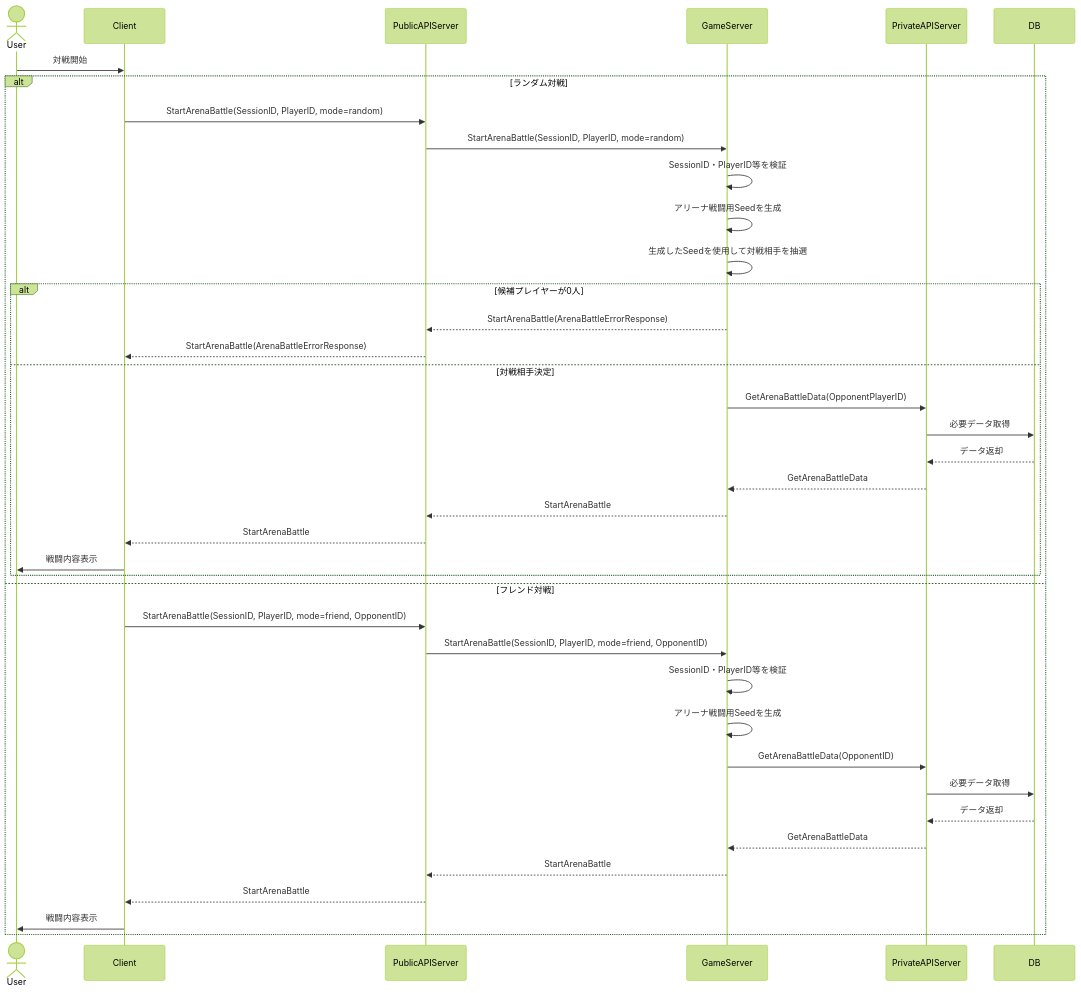
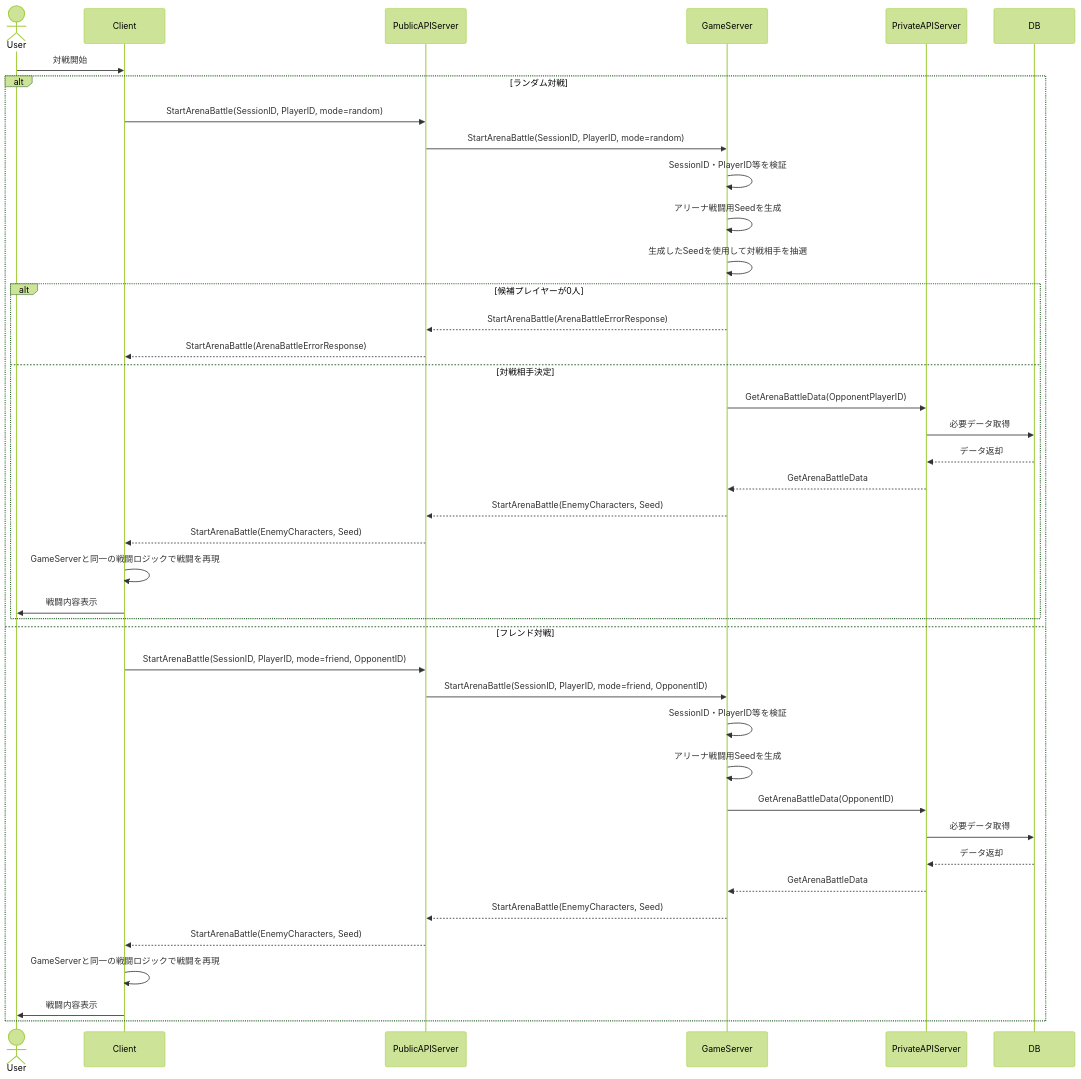
One commit to ReHydrangeaOdyssey/Specifications changed the third of 3 diagrams in design/arina.md. Above: the diagram before and after it, drawn with Mermaid (forest theme). The commit also changed other lines of this file and 14 other files, not shown here.

````diff
--- a/design/arina.md
+++ b/design/arina.md
@@ -47,43 +54,45 @@
 ```mermaid
 sequenceDiagram
     actor User
     participant Client
     participant PublicAPIServer
     participant GameServer
     participant PrivateAPIServer
     participant DB
 
     User->>Client: 対戦開始
 
     alt ランダム対戦
         Client->>PublicAPIServer: StartArenaBattle(SessionID, PlayerID, mode=random)
         PublicAPIServer->>GameServer: StartArenaBattle(SessionID, PlayerID, mode=random)
         GameServer->>GameServer: SessionID・PlayerID等を検証
         GameServer->>GameServer: アリーナ戦闘用Seedを生成
         GameServer->>GameServer: 生成したSeedを使用して対戦相手を抽選
         alt 候補プレイヤーが0人
             GameServer-->>PublicAPIServer: StartArenaBattle(ArenaBattleErrorResponse)
             PublicAPIServer-->>Client: StartArenaBattle(ArenaBattleErrorResponse)
         else 対戦相手決定
             GameServer->>PrivateAPIServer: GetArenaBattleData(OpponentPlayerID)
             PrivateAPIServer->>DB: 必要データ取得
             DB-->>PrivateAPIServer: データ返却
             PrivateAPIServer-->>GameServer: GetArenaBattleData
-            GameServer-->>PublicAPIServer: StartArenaBattle
-            PublicAPIServer-->>Client: StartArenaBattle
+            GameServer-->>PublicAPIServer: StartArenaBattle(EnemyCharacters, Seed)
+            PublicAPIServer-->>Client: StartArenaBattle(EnemyCharacters, Seed)
+            Client->>Client: GameServerと同一の戦闘ロジックで戦闘を再現
             Client->>User: 戦闘内容表示
         end
     else フレンド対戦
         Client->>PublicAPIServer: StartArenaBattle(SessionID, PlayerID, mode=friend, OpponentID)
         PublicAPIServer->>GameServer: StartArenaBattle(SessionID, PlayerID, mode=friend, OpponentID)
         GameServer->>GameServer: SessionID・PlayerID等を検証
         GameServer->>GameServer: アリーナ戦闘用Seedを生成
         GameServer->>PrivateAPIServer: GetArenaBattleData(OpponentID)
         PrivateAPIServer->>DB: 必要データ取得
         DB-->>PrivateAPIServer: データ返却
         PrivateAPIServer-->>GameServer: GetArenaBattleData
-        GameServer-->>PublicAPIServer: StartArenaBattle
-        PublicAPIServer-->>Client: StartArenaBattle
+        GameServer-->>PublicAPIServer: StartArenaBattle(EnemyCharacters, Seed)
+        PublicAPIServer-->>Client: StartArenaBattle(EnemyCharacters, Seed)
+        Client->>Client: GameServerと同一の戦闘ロジックで戦闘を再現
         Client->>User: 戦闘内容表示
     end
 ```
````
